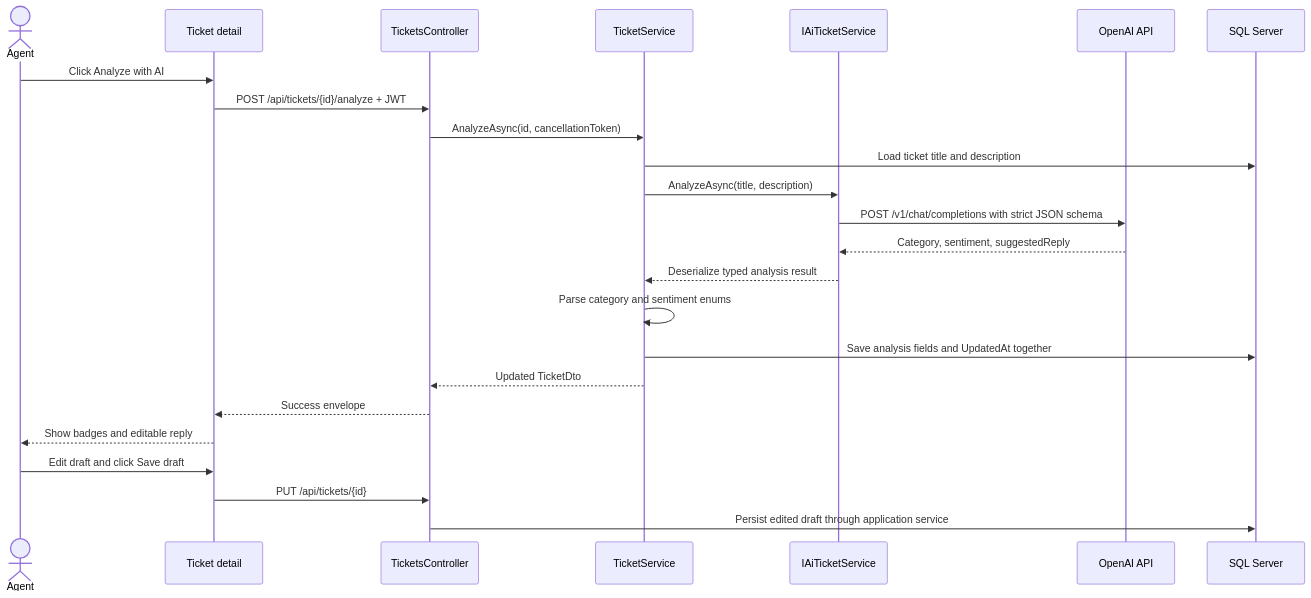
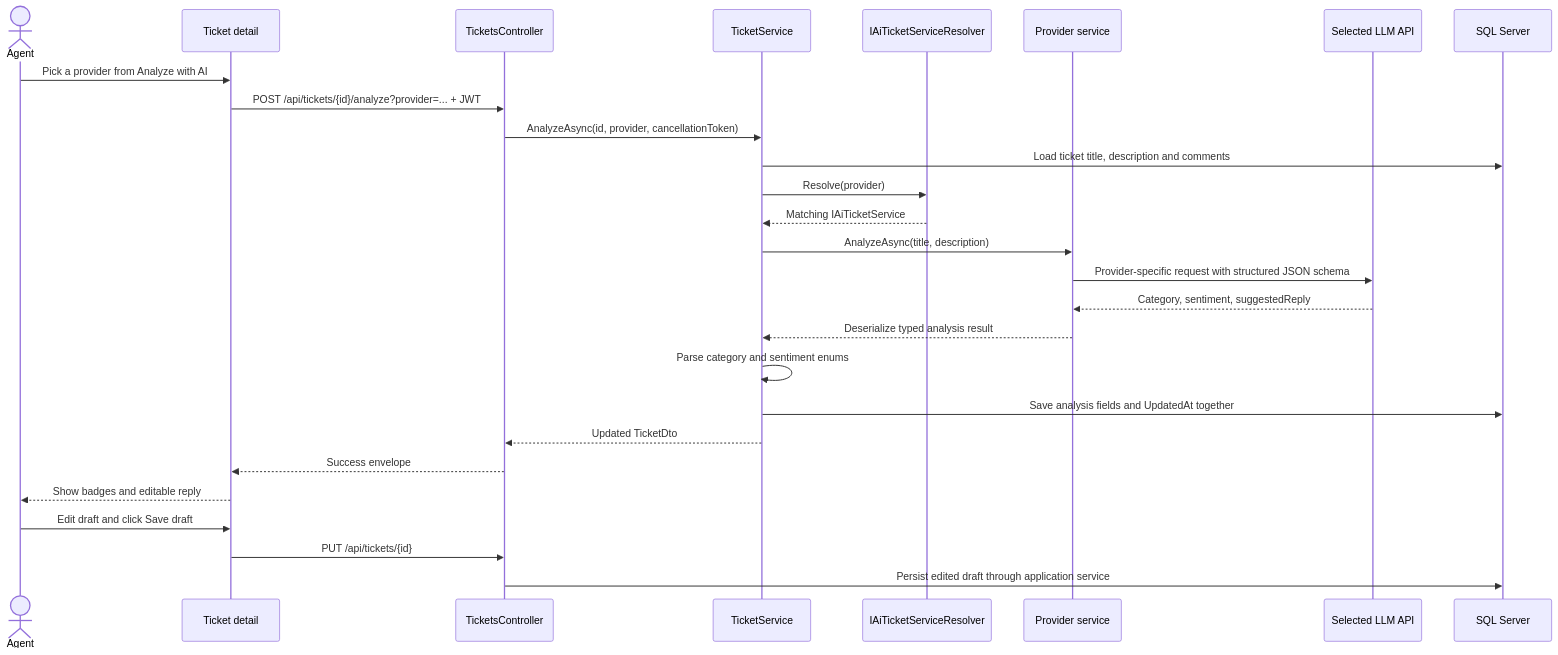
Diagram 11 of 12 in README.md (wldbaig/HelpDesk-AI), drawn with Mermaid before and after one commit. The commit also changed other lines of this file and 15 other files, not shown here.

Commit message:
feature/multiple_llm_interactions_add_multi_provider_ai_analysis_with_comments_and_fixes

````diff
--- a/README.md
+++ b/README.md
@@ -360,27 +366,30 @@
 ```mermaid
 sequenceDiagram
     actor Agent
     participant UI as Ticket detail
     participant API as TicketsController
     participant Service as TicketService
-    participant AI as IAiTicketService
-    participant OpenAI as OpenAI API
+    participant Resolver as IAiTicketServiceResolver
+    participant AI as Provider service
+    participant LLM as Selected LLM API
     participant DB as SQL Server
 
-    Agent->>UI: Click Analyze with AI
-    UI->>API: POST /api/tickets/{id}/analyze + JWT
-    API->>Service: AnalyzeAsync(id, cancellationToken)
-    Service->>DB: Load ticket title and description
+    Agent->>UI: Pick a provider from Analyze with AI
+    UI->>API: POST /api/tickets/{id}/analyze?provider=... + JWT
+    API->>Service: AnalyzeAsync(id, provider, cancellationToken)
+    Service->>DB: Load ticket title, description and comments
+    Service->>Resolver: Resolve(provider)
+    Resolver-->>Service: Matching IAiTicketService
     Service->>AI: AnalyzeAsync(title, description)
-    AI->>OpenAI: POST /v1/chat/completions with strict JSON schema
-    OpenAI-->>AI: Category, sentiment, suggestedReply
+    AI->>LLM: Provider-specific request with structured JSON schema
+    LLM-->>AI: Category, sentiment, suggestedReply
     AI-->>Service: Deserialize typed analysis result
     Service->>Service: Parse category and sentiment enums
     Service->>DB: Save analysis fields and UpdatedAt together
     Service-->>API: Updated TicketDto
     API-->>UI: Success envelope
     UI-->>Agent: Show badges and editable reply
     Agent->>UI: Edit draft and click Save draft
     UI->>API: PUT /api/tickets/{id}
     API->>DB: Persist edited draft through application service
 ```
````
